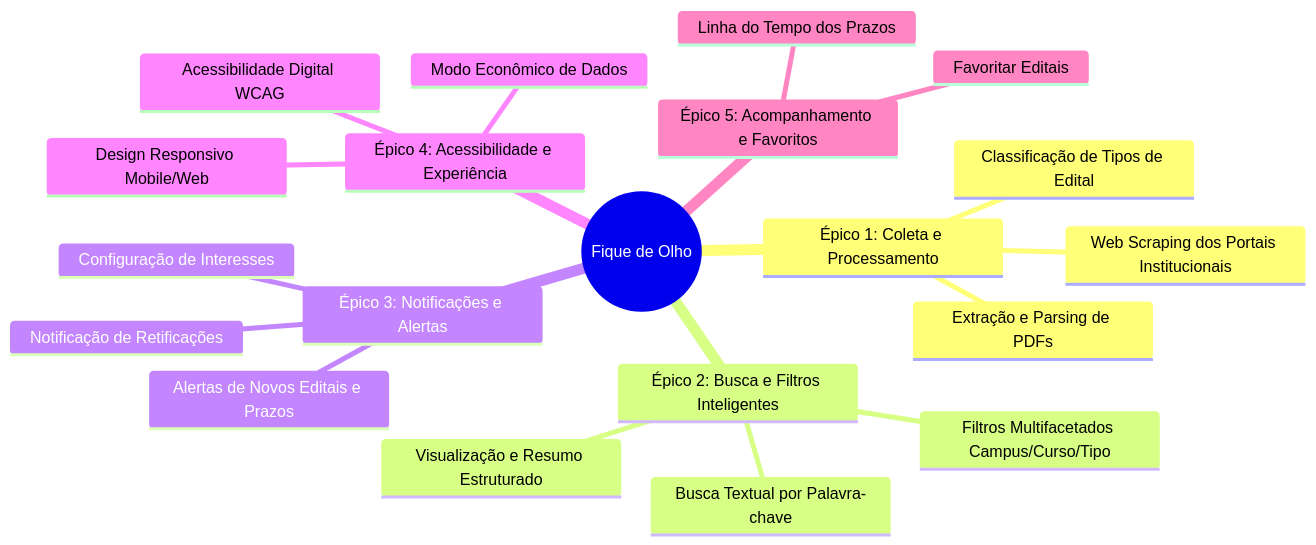
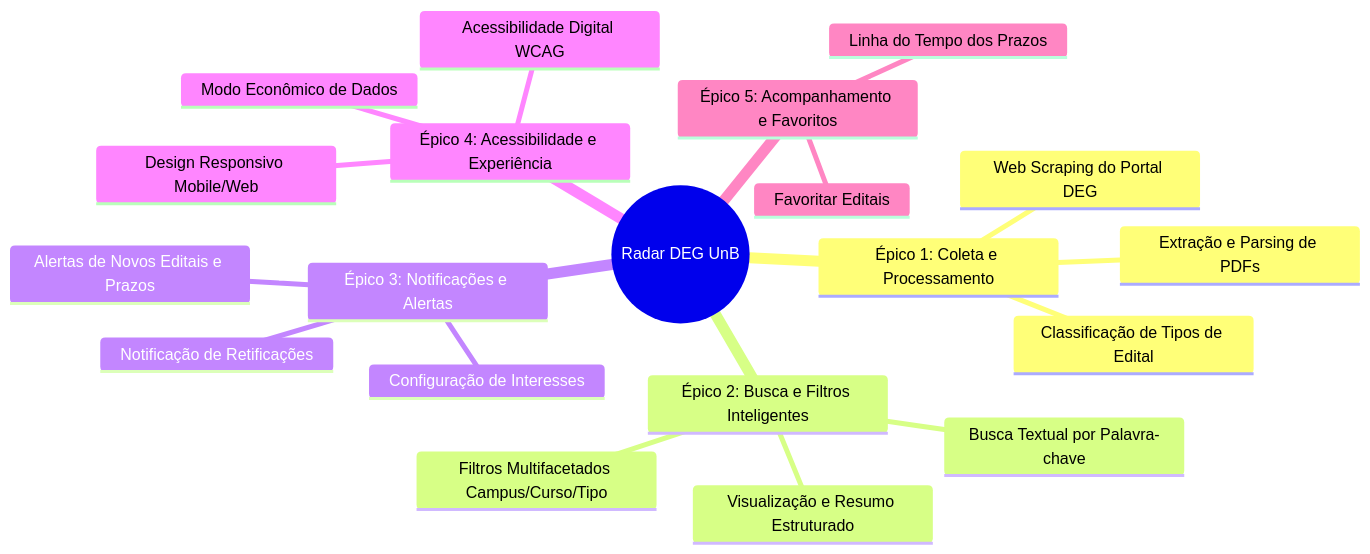
Before and after one commit to unb-mds/Fique-de-Olho: the diagram in docs/Requisitos/produto/backlog.md, drawn with Mermaid. The commit also changed other lines of this file and 49 other files, not shown here.

````diff
--- a/docs/Requisitos/produto/backlog.md
+++ b/docs/Requisitos/produto/backlog.md
@@ -20,23 +20,23 @@
 ```mermaid
 mindmap
-  root((Fique de Olho))
+  root((Radar DEG UnB))
     Épico 1: Coleta e Processamento
-      Web Scraping dos Portais Institucionais
+      Web Scraping do Portal DEG
       Extração e Parsing de PDFs
       Classificação de Tipos de Edital
     Épico 2: Busca e Filtros Inteligentes
       Busca Textual por Palavra-chave
       Filtros Multifacetados Campus/Curso/Tipo
       Visualização e Resumo Estruturado
     Épico 3: Notificações e Alertas
       Configuração de Interesses
       Alertas de Novos Editais e Prazos
       Notificação de Retificações
     Épico 4: Acessibilidade e Experiência
       Acessibilidade Digital WCAG
       Design Responsivo Mobile/Web
       Modo Econômico de Dados
     Épico 5: Acompanhamento e Favoritos
       Favoritar Editais
       Linha do Tempo dos Prazos
 ```
````
